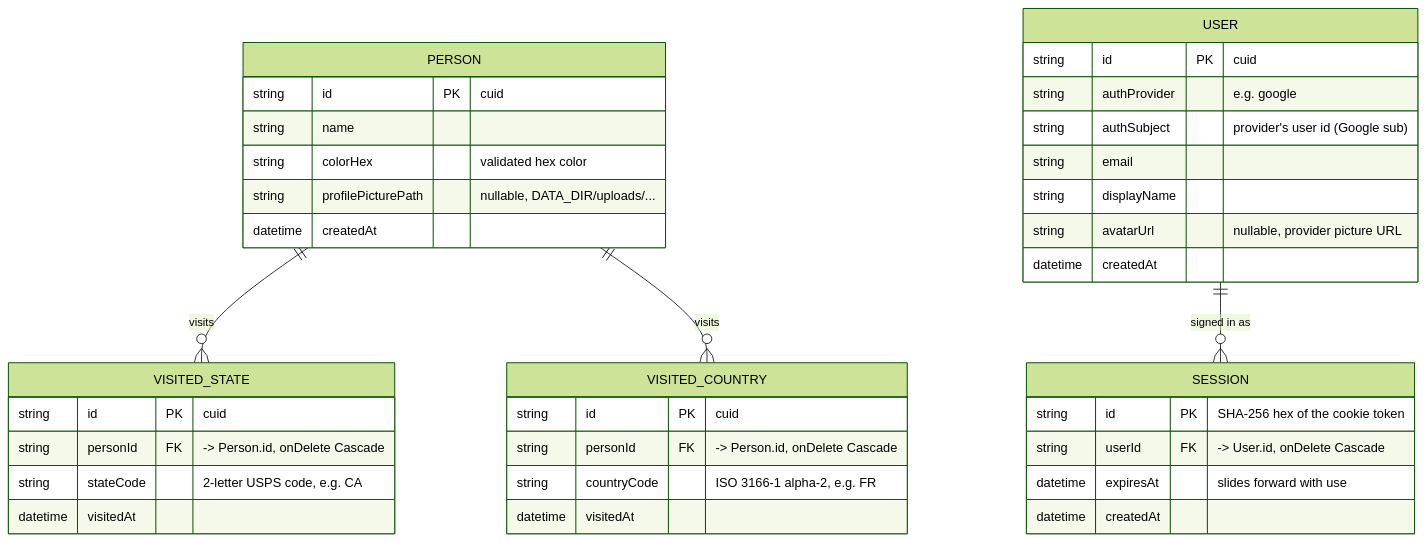
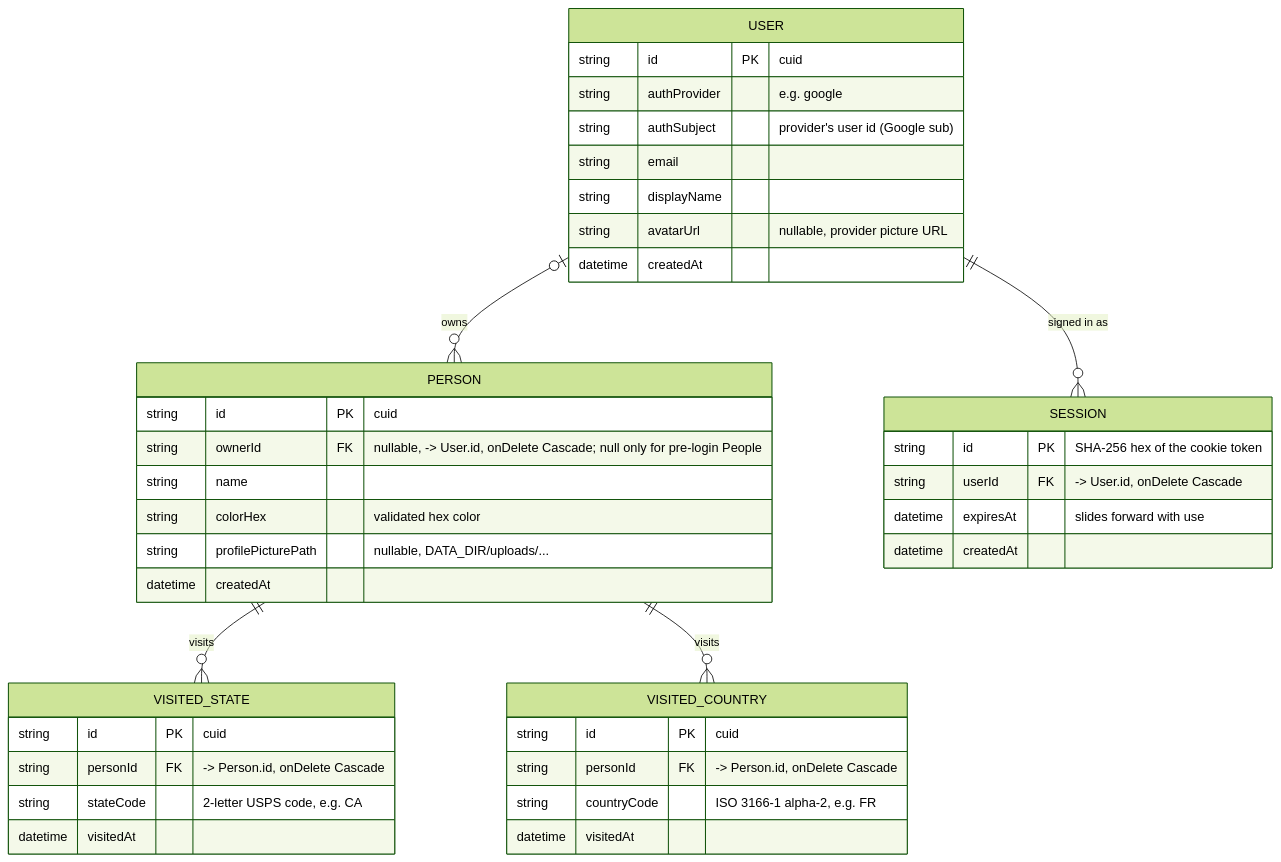
One commit to BobbyJoeCool/FamilyPassportMap changed the diagram in Documentation/diagrams/ERD.mmd. Above: the diagram before and after it, drawn with Mermaid (forest theme). The commit also changed 7 other files, not shown here.

First line of the commit message:
Each User sees only the People they own, with a 10-People cap (#5)

```diff
--- a/Documentation/diagrams/ERD.mmd
+++ b/Documentation/diagrams/ERD.mmd
@@ -1,59 +1,62 @@
 %% FamilyPassportMap — Master Entity-Relationship Diagram
 %% This is the single source of truth for the database schema. It must always match
 %% apps/server/prisma/schema.prisma exactly — see CLAUDE.md's "Diagram Sync Requirements".
-%% Implemented as of Phase 12 ticket #4 (migrations 20260812220505_add_person_and_visited_state,
-%% 20260916173026_add_visited_country, 20261019212746_add_user_and_session).
-%% USER is not yet related to PERSON — ownership (Person.ownerId) arrives with Phase 12 ticket #5.
+%% Implemented as of Phase 12 ticket #5 (migrations 20260812220505_add_person_and_visited_state,
+%% 20260916173026_add_visited_country, 20261019212746_add_user_and_session,
+%% 20261020153324_add_person_owner).
 
 erDiagram
     PERSON ||--o{ VISITED_STATE : "visits"
     PERSON ||--o{ VISITED_COUNTRY : "visits"
     USER ||--o{ SESSION : "signed in as"
+    USER |o--o{ PERSON : "owns"
 
     PERSON {
         string id PK "cuid"
+        string ownerId FK "nullable, -> User.id, onDelete Cascade; null only for pre-login People"
         string name
         string colorHex "validated hex color"
         string profilePicturePath "nullable, DATA_DIR/uploads/..."
         datetime createdAt
     }
 
     VISITED_STATE {
         string id PK "cuid"
         string personId FK "-> Person.id, onDelete Cascade"
         string stateCode "2-letter USPS code, e.g. CA"
         datetime visitedAt
     }
 
     VISITED_COUNTRY {
         string id PK "cuid"
         string personId FK "-> Person.id, onDelete Cascade"
         string countryCode "ISO 3166-1 alpha-2, e.g. FR"
         datetime visitedAt
     }
 
     USER {
         string id PK "cuid"
         string authProvider "e.g. google"
         string authSubject "provider's user id (Google sub)"
         string email
         string displayName
         string avatarUrl "nullable, provider picture URL"
         datetime createdAt
     }
 
     SESSION {
         string id PK "SHA-256 hex of the cookie token"
         string userId FK "-> User.id, onDelete Cascade"
         datetime expiresAt "slides forward with use"
         datetime createdAt
     }
 
     %% USER (authProvider, authSubject) is unique — one User per provider identity.
-    %% Deleting a User cascade-deletes their Sessions.
+    %% Deleting a User cascade-deletes their Sessions and the People they own (and so those
+    %% People's visits). PERSON.ownerId is indexed.
     %% Unique constraints: VISITED_STATE (personId, stateCode) and
     %% VISITED_COUNTRY (personId, countryCode) — a person can only have one row per
     %% state, and one row per country.
     %% Deleting a Person cascade-deletes both their VisitedState and VisitedCountry rows.
     %% VISITED_STATE and VISITED_COUNTRY are fully independent — no relation between them,
     %% and marking the US as a visited country has no link to any visited states.
```
